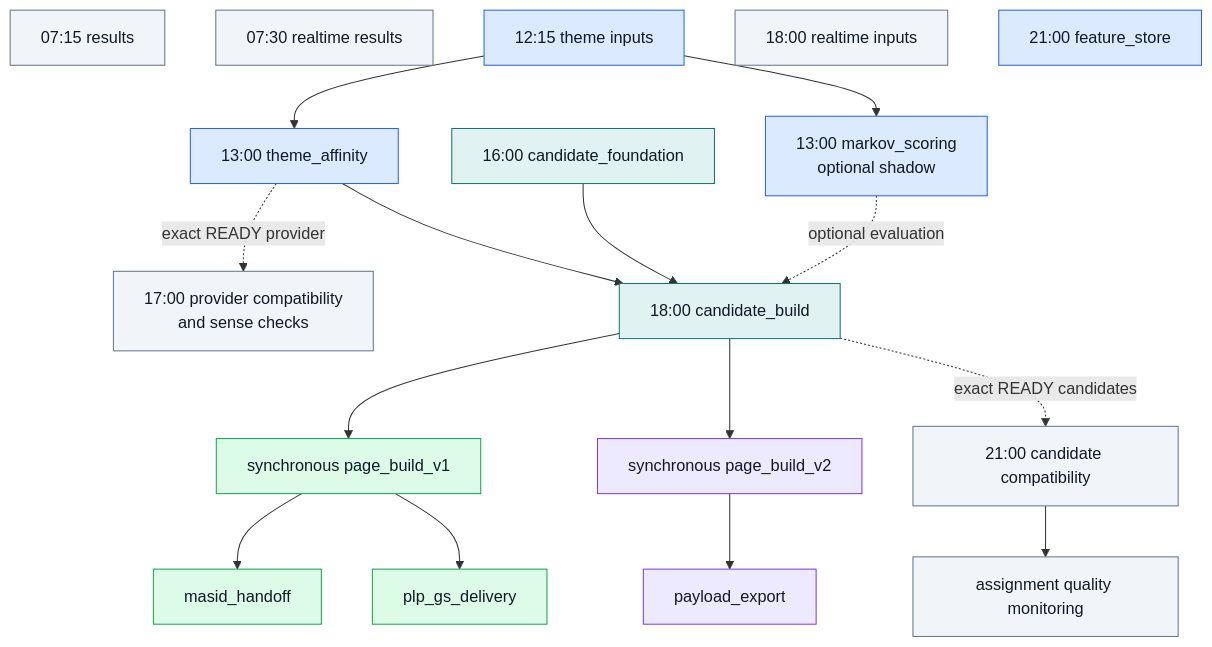
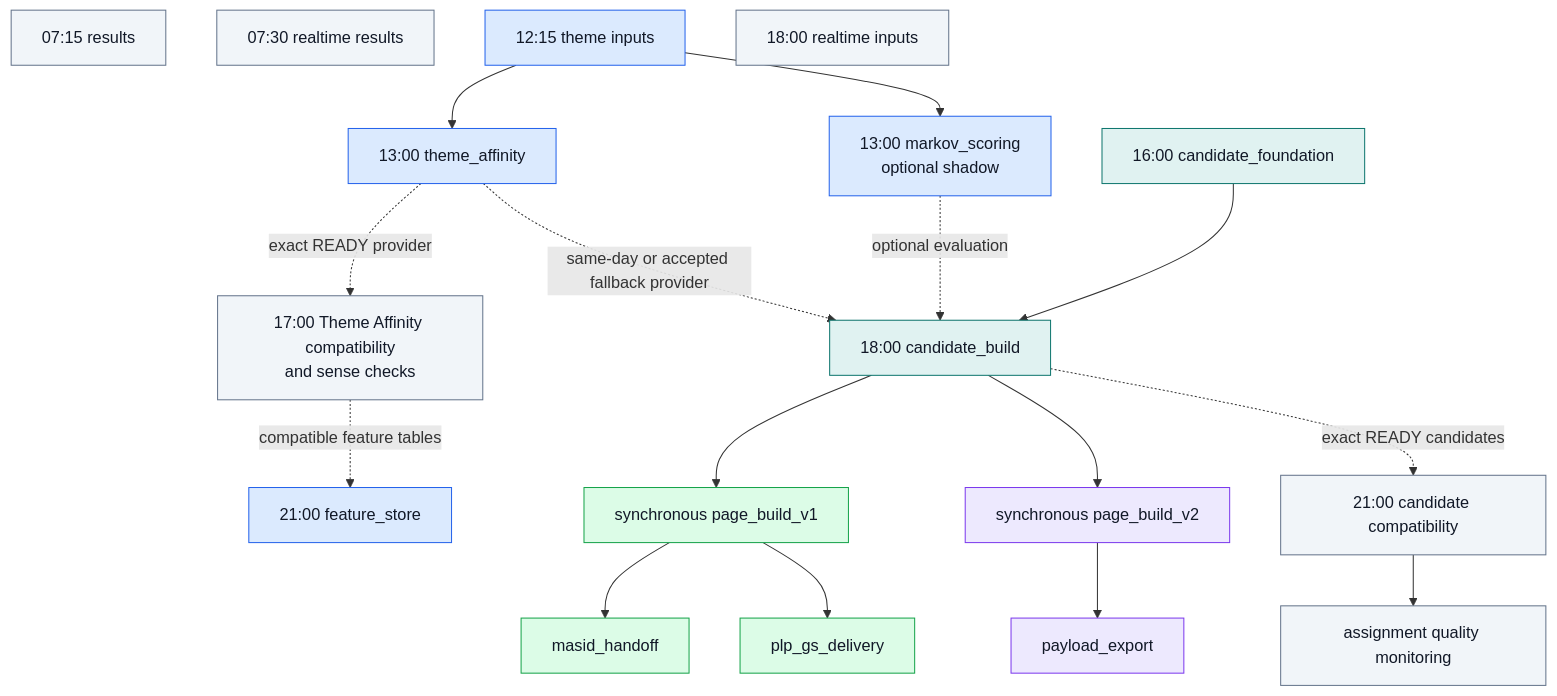
Before and after one commit to swblain-glyndwr/personal_project: the second of 8 diagrams in docs/CICD/nextads_databricks_runtime_map.md, drawn with Mermaid. The commit also changed other lines of this file and 10 other files, not shown here.

````diff
--- a/docs/CICD/nextads_databricks_runtime_map.md
+++ b/docs/CICD/nextads_databricks_runtime_map.md
@@ -136,40 +138,41 @@
 ```mermaid
 flowchart TD
   classDef sharedModel fill:#dbeafe,stroke:#2563eb,color:#111827
   classDef sharedTask fill:#e0f2f1,stroke:#0f766e,color:#111827
   classDef v1 fill:#dcfce7,stroke:#16a34a,color:#111827
   classDef v2 fill:#ede9fe,stroke:#7c3aed,color:#111827
   classDef reporting fill:#f1f5f9,stroke:#64748b,color:#111827
 
   results["07:15 results"]:::reporting
   realtime_results["07:30 realtime results"]:::reporting
   theme_inputs["12:15 theme inputs"]:::sharedModel
   theme_affinity["13:00 theme_affinity"]:::sharedModel
   markov["13:00 markov_scoring<br/>optional shadow"]:::sharedModel
-  provider_compat["17:00 provider compatibility<br/>and sense checks"]:::reporting
+  theme_compat["17:00 Theme Affinity compatibility<br/>and sense checks"]:::reporting
   candidate_foundation["16:00 candidate_foundation"]:::sharedTask
   candidate["18:00 candidate_build"]:::sharedTask
   candidate_compat["21:00 candidate compatibility"]:::reporting
   realtime_inputs["18:00 realtime inputs"]:::reporting
   page_build["synchronous page_build_v1"]:::v1
   page_build_v2["synchronous page_build_v2"]:::v2
   qa["assignment quality monitoring"]:::reporting
   masid["masid_handoff"]:::v1
   payload["payload_export"]:::v2
   plp["plp_gs_delivery"]:::v1
   feature_store["21:00 feature_store"]:::sharedModel
 
   theme_inputs --> theme_affinity
   theme_inputs --> markov
-  theme_affinity -. exact READY provider .-> provider_compat
-  theme_affinity --> candidate
+  theme_affinity -. exact READY provider .-> theme_compat
+  theme_affinity -. same-day or accepted fallback provider .-> candidate
   candidate_foundation --> candidate
   markov -. optional evaluation .-> candidate
   candidate --> page_build
   candidate --> page_build_v2
   candidate -. exact READY candidates .-> candidate_compat
   candidate_compat --> qa
   page_build --> masid
   page_build --> plp
   page_build_v2 --> payload
+  theme_compat -. compatible feature tables .-> feature_store
 ```
````
